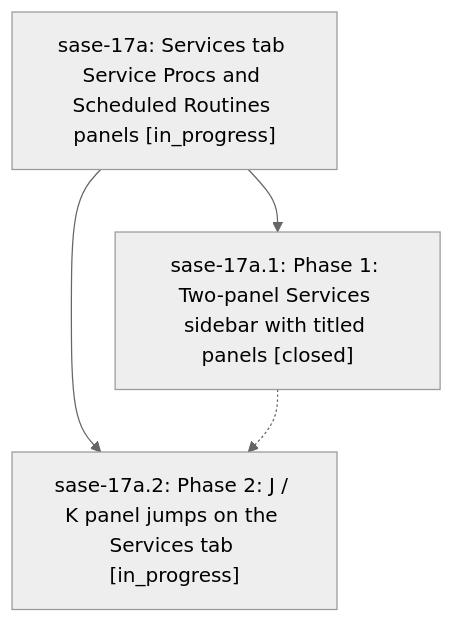
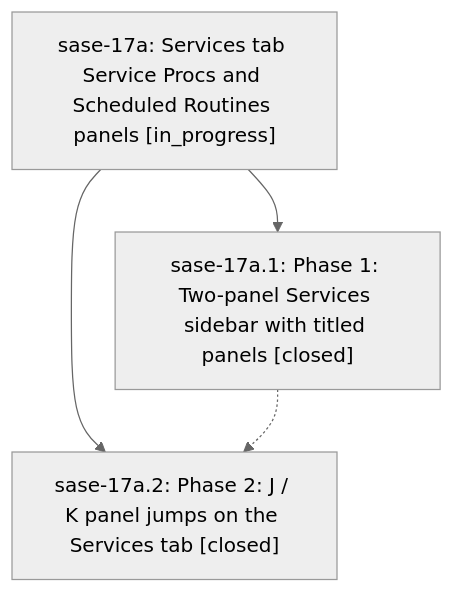
One commit to sase-org/sase--beads changed the diagram in pages/sase-17a/README.md. Above: the diagram before and after it, drawn with Mermaid (neutral theme). The commit also changed other lines of this file and 2 other files, not shown here.

First line of the commit message:
chore(beads): sync bead state and pages for sase-17a

````diff
--- a/pages/sase-17a/README.md
+++ b/pages/sase-17a/README.md
@@ -23,9 +23,9 @@
 ```mermaid
 flowchart TD
     n0["sase-17a: Services tab Service Procs and Scheduled Routines panels [in_progress]"]
     n1["sase-17a.1: Phase 1: Two-panel Services sidebar with titled panels [closed]"]
-    n2["sase-17a.2: Phase 2: J / K panel jumps on the Services tab [in_progress]"]
+    n2["sase-17a.2: Phase 2: J / K panel jumps on the Services tab [closed]"]
     n0 --> n1
     n0 --> n2
     n1 -.-> n2
 ```
````
